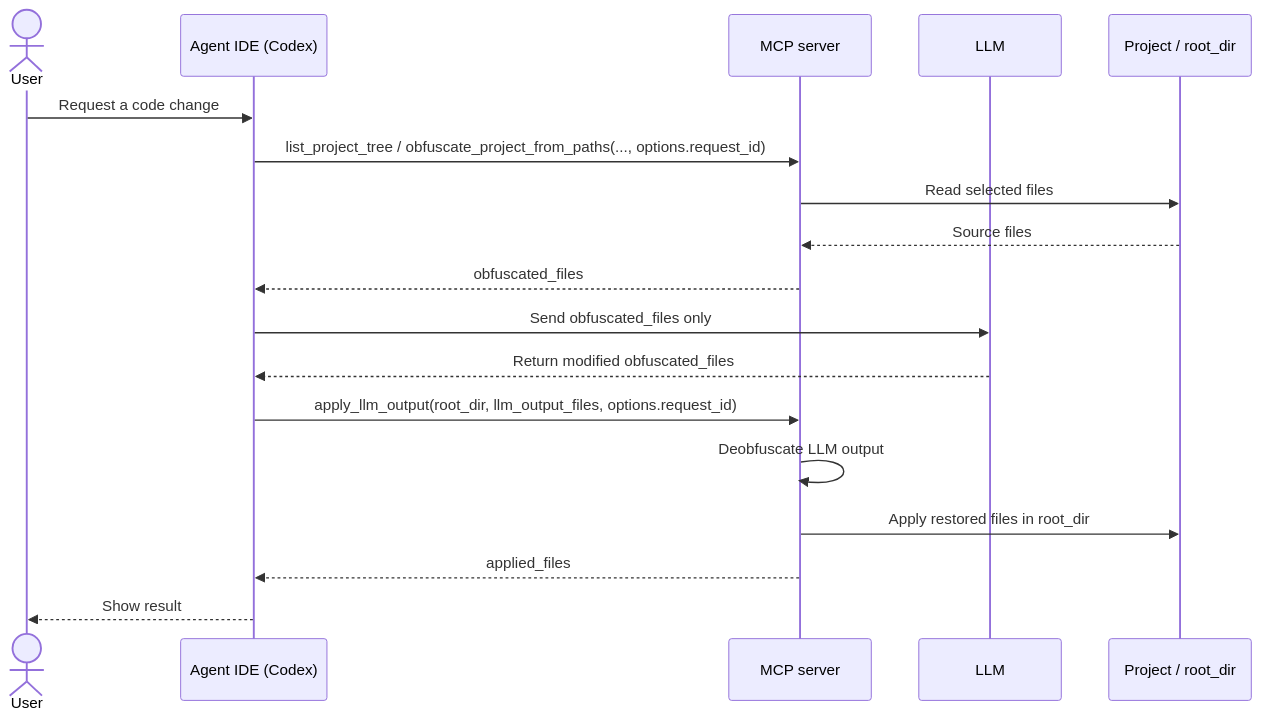
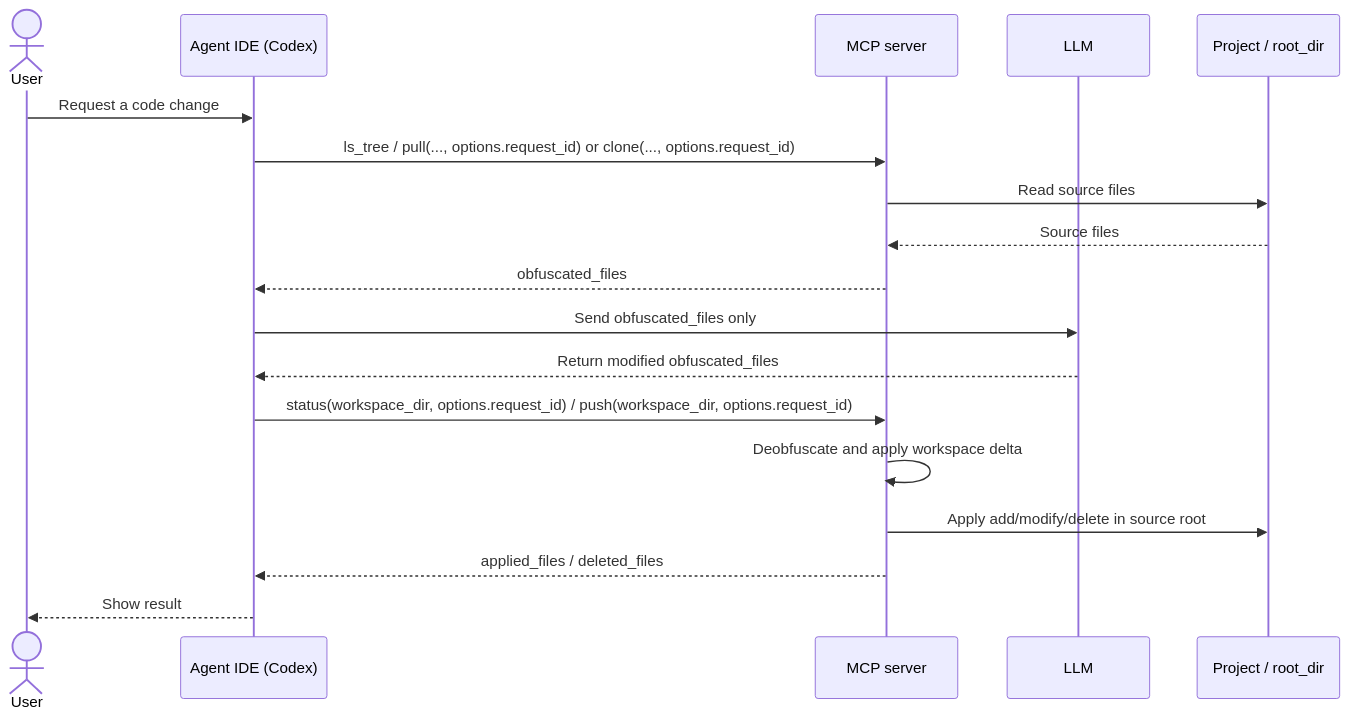
One commit to sawrus/code-obfuscator changed the second of 2 diagrams in README.md. Above: the diagram before and after it, drawn with Mermaid. The commit also changed other lines of this file and 29 other files, not shown here.

````diff
--- a/README.md
+++ b/README.md
@@ -32,21 +24,21 @@
 ```mermaid
 sequenceDiagram
     actor User
     participant IDE as Agent IDE (Codex)
     participant MCP as MCP server
     participant LLM
     participant Project as Project / root_dir
 
     User->>IDE: Request a code change
-    IDE->>MCP: list_project_tree / obfuscate_project_from_paths(..., options.request_id)
-    MCP->>Project: Read selected files
+    IDE->>MCP: ls_tree / pull(..., options.request_id) or clone(..., options.request_id)
+    MCP->>Project: Read source files
     Project-->>MCP: Source files
     MCP-->>IDE: obfuscated_files
     IDE->>LLM: Send obfuscated_files only
     LLM-->>IDE: Return modified obfuscated_files
-    IDE->>MCP: apply_llm_output(root_dir, llm_output_files, options.request_id)
-    MCP->>MCP: Deobfuscate LLM output
-    MCP->>Project: Apply restored files in root_dir
-    MCP-->>IDE: applied_files
+    IDE->>MCP: status(workspace_dir, options.request_id) / push(workspace_dir, options.request_id)
+    MCP->>MCP: Deobfuscate and apply workspace delta
+    MCP->>Project: Apply add/modify/delete in source root
+    MCP-->>IDE: applied_files / deleted_files
     IDE-->>User: Show result
 ```
````
